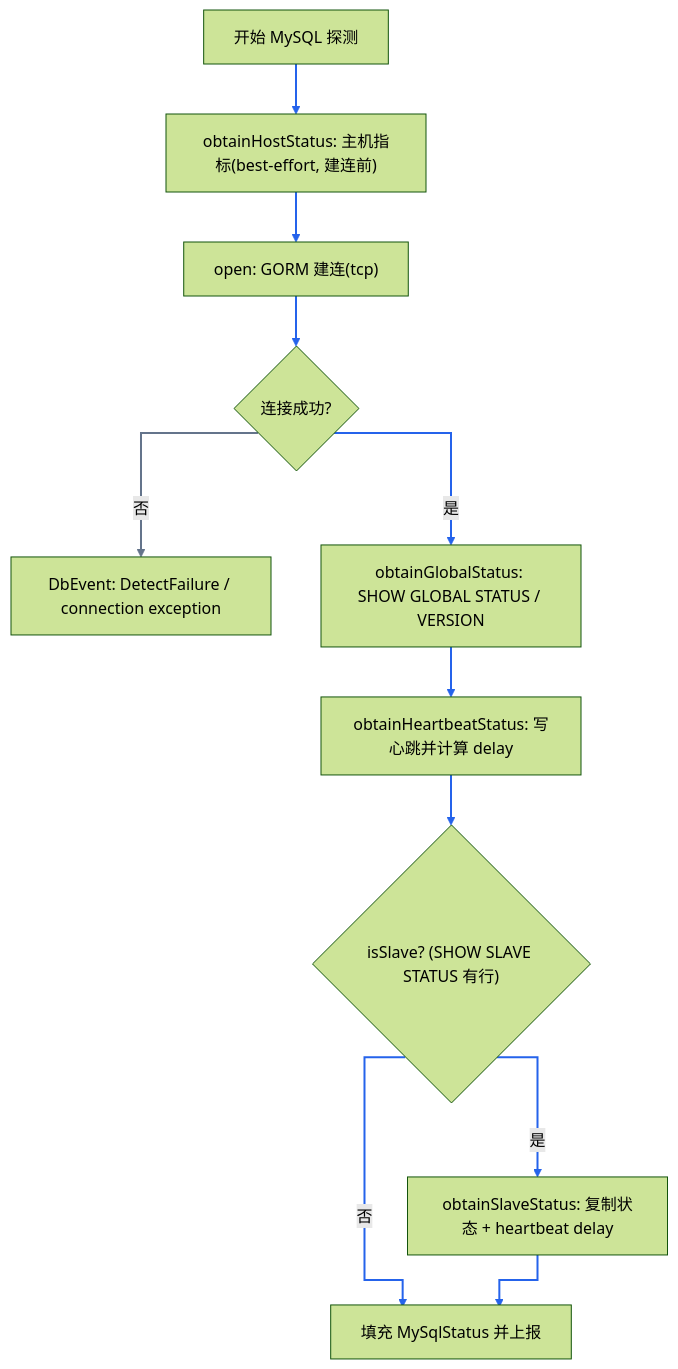
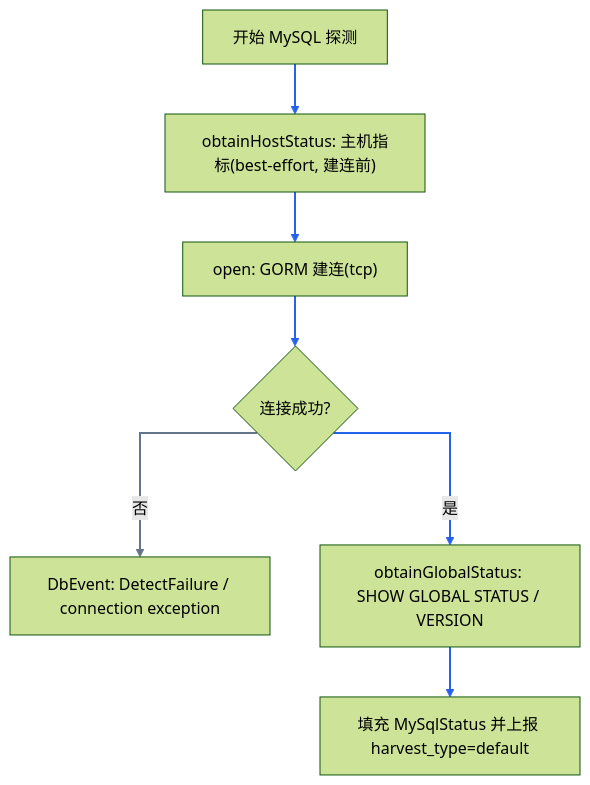
Before and after one commit to TencentBlueKing/blueking-dbm: the first of 7 diagrams in dbm-services/common/dbha-v2/docs/detection/mysql-detection-design.md, drawn with Mermaid (forest theme). The commit also changed other lines of this file and 22 other files, not shown here.

First line of the commit message:
feat(dbha-v2): port upstream multi-cadence mysql harvest and heartbeat tables. issue: #19515

````diff
--- a/dbm-services/common/dbha-v2/docs/detection/mysql-detection-design.md
+++ b/dbm-services/common/dbha-v2/docs/detection/mysql-detection-design.md
@@ -139,21 +149,17 @@
 ```mermaid
 ---
 config:
   flowchart:
     curve: stepAfter
 ---
 flowchart TD
   start["开始 MySQL 探测"] --> host["obtainHostStatus: 主机指标(best-effort, 建连前)"]
   host --> open["open: GORM 建连(tcp)"]
   open --> connOk{"连接成功?"}
   connOk -->|"否"| event["DbEvent: DetectFailure / connection exception"]
   connOk -->|"是"| global["obtainGlobalStatus: SHOW GLOBAL STATUS / VERSION"]
-  global --> hb["obtainHeartbeatStatus: 写心跳并计算 delay"]
-  hb --> isSlave{"isSlave? (SHOW SLAVE STATUS 有行)"}
-  isSlave -->|"是"| slave["obtainSlaveStatus: 复制状态 + heartbeat delay"]
-  isSlave -->|"否"| value["填充 MySqlStatus 并上报"]
-  slave --> value
+  global --> value["填充 MySqlStatus 并上报 harvest_type=default"]
 
-  linkStyle 0,1,2,4,5,6,7,8,9 stroke:#2563eb,stroke-width:2px
+  linkStyle 0,1,2,4,5 stroke:#2563eb,stroke-width:2px
   linkStyle 3 stroke:#64748b,stroke-width:2px
 ```
````
